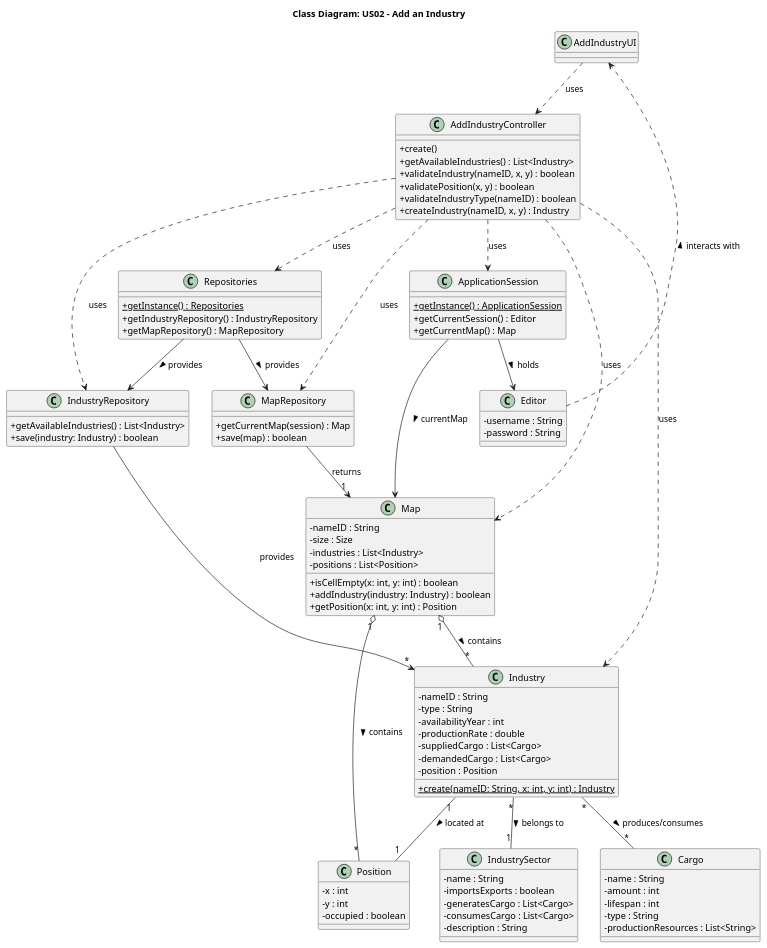
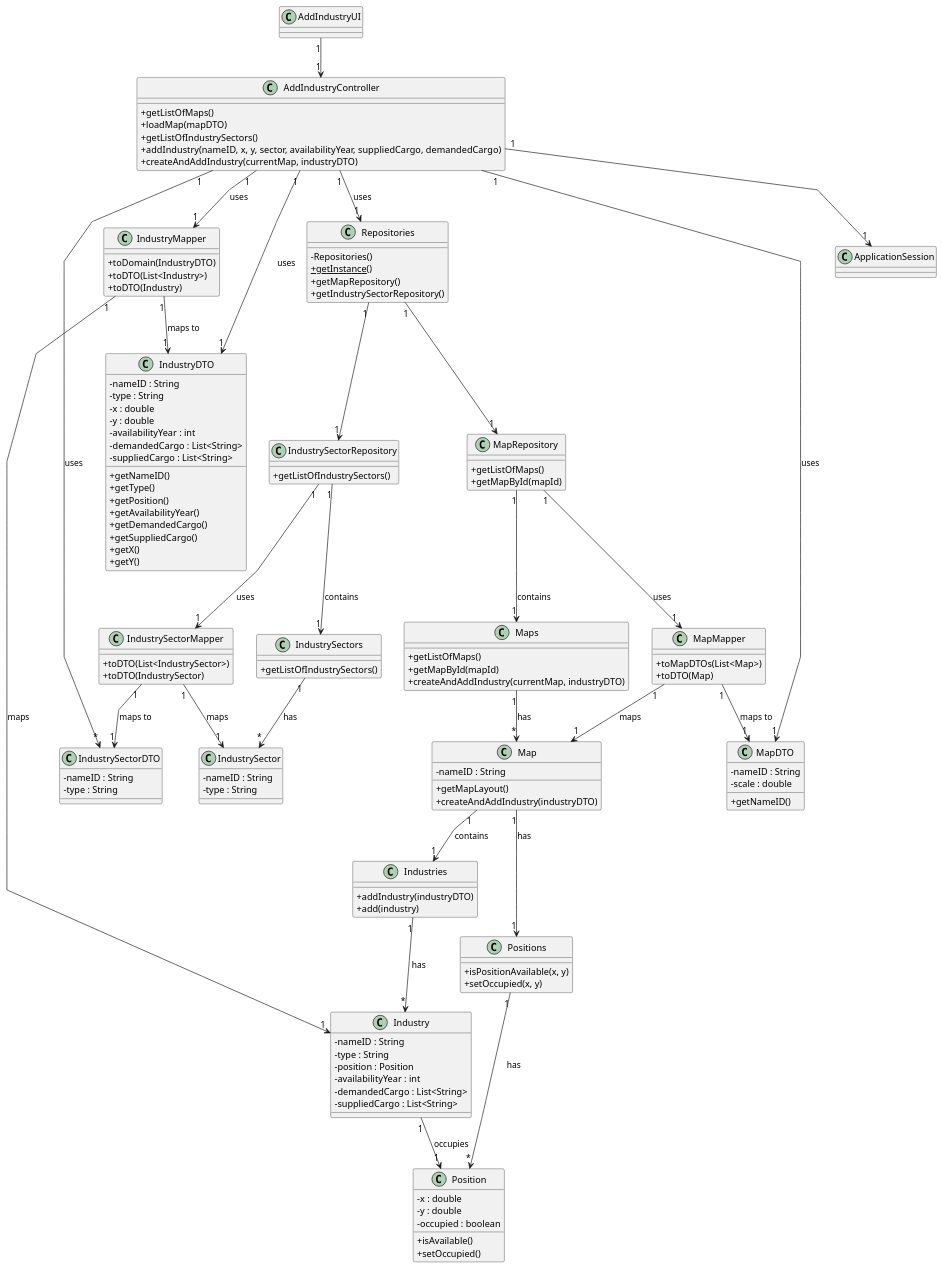
Before and after one commit to HenriqueSilva18/Railway-Network-Simulator: the diagram in docs/system-documentation/Sprint 3/US02/03.design/puml/US02-CD.puml, drawn with PlantUML. The commit also changed 34 other files, not shown here.

```diff
--- a/docs/system-documentation/Sprint 3/US02/03.design/puml/US02-CD.puml
+++ b/docs/system-documentation/Sprint 3/US02/03.design/puml/US02-CD.puml
@@ -1,116 +1,177 @@
 @startuml
+'skinparam monochrome true
 skinparam packageStyle rectangle
 skinparam shadowing false
+skinparam linetype polyline
+
 skinparam classAttributeIconSize 0
-
-title Class Diagram: US02 - Add an Industry
 
 class AddIndustryUI {
 }
 
 class AddIndustryController {
-    + create()
-    + getAvailableIndustries() : List<Industry>
-    + validateIndustry(nameID, x, y) : boolean
-    + validatePosition(x, y) : boolean
-    + validateIndustryType(nameID) : boolean
-    + createIndustry(nameID, x, y) : Industry
+    + getListOfMaps()
+    + loadMap(mapDTO)
+    + getListOfIndustrySectors()
+    + addIndustry(nameID, x, y, sector, availabilityYear, suppliedCargo, demandedCargo)
+    + createAndAddIndustry(currentMap, industryDTO)
 }
 
-class IndustryRepository {
-    + getAvailableIndustries() : List<Industry>
-    + save(industry: Industry) : boolean
+class Repositories {
+    - Repositories()
+    + {static} getInstance()
+    + getMapRepository()
+    + getIndustrySectorRepository()
+}
+
+class ApplicationSession {
 }
 
 class MapRepository {
-    + getCurrentMap(session) : Map
-    + save(map) : boolean
+    + getListOfMaps()
+    + getMapById(mapId)
 }
 
-class Repositories {
-    + {static} getInstance() : Repositories
-    + getIndustryRepository() : IndustryRepository
-    + getMapRepository() : MapRepository
+class IndustrySectorRepository {
+    + getListOfIndustrySectors()
 }
 
-class ApplicationSession {
-    + {static} getInstance() : ApplicationSession
-    + getCurrentSession() : Editor
-    + getCurrentMap() : Map
+class Maps {
+    + getListOfMaps()
+    + getMapById(mapId)
+    + createAndAddIndustry(currentMap, industryDTO)
 }
 
 class Map {
     - nameID : String
-    - size : Size
-    - industries : List<Industry>
-    - positions : List<Position>
+    + getMapLayout()
+    + createAndAddIndustry(industryDTO)
+}
 
-    + isCellEmpty(x: int, y: int) : boolean
-    + addIndustry(industry: Industry) : boolean
-    + getPosition(x: int, y: int) : Position
+class IndustrySectors {
+    + getListOfIndustrySectors()
+}
+
+class IndustrySector {
+    - nameID : String
+    - type : String
+}
+
+class Industries {
+    + addIndustry(industryDTO)
+    + add(industry)
 }
 
 class Industry {
-    + {static} create(nameID: String, x: int, y: int) : Industry
     - nameID : String
     - type : String
+    - position : Position
     - availabilityYear : int
-    - productionRate : double
-    - suppliedCargo : List<Cargo>
-    - demandedCargo : List<Cargo>
-    - position : Position
+    - demandedCargo : List<String>
+    - suppliedCargo : List<String>
+}
+
+class Positions {
+    + isPositionAvailable(x, y)
+    + setOccupied(x, y)
 }
 
 class Position {
-    - x : int
-    - y : int
+    - x : double
+    - y : double
     - occupied : boolean
+    + isAvailable()
+    + setOccupied()
 }
 
-class IndustrySector {
-    - name : String
-    - importsExports : boolean
-    - generatesCargo : List<Cargo>
-    - consumesCargo : List<Cargo>
-    - description : String
+class MapDTO {
+    - nameID : String
+    - scale : double
+    + getNameID()
 }
 
-class Cargo {
-    - name : String
-    - amount : int
-    - lifespan : int
+class IndustrySectorDTO {
+    - nameID : String
     - type : String
-    - productionResources : List<String>
 }
 
-class Editor {
-    - username : String
-    - password : String
+class IndustryDTO {
+    - nameID : String
+    - type : String
+    - x : double
+    - y : double
+    - availabilityYear : int
+    - demandedCargo : List<String>
+    - suppliedCargo : List<String>
+    + getNameID()
+    + getType()
+    + getPosition()
+    + getAvailabilityYear()
+    + getDemandedCargo()
+    + getSuppliedCargo()
+    + getX()
+    + getY()
 }
 
-AddIndustryUI ..> AddIndustryController : uses
-AddIndustryController ..> IndustryRepository : uses
-AddIndustryController ..> MapRepository : uses
-AddIndustryController ..> Repositories : uses
-AddIndustryController ..> ApplicationSession : uses
-AddIndustryController ..> Map : uses
-AddIndustryController ..> Industry : uses
+class MapMapper {
+    + toMapDTOs(List<Map>)
+    + toDTO(Map)
+}
 
-Map "1" o-- "*" Industry : contains >
-Map "1" o-- "*" Position : contains >
-MapRepository --> "1" Map : returns
-IndustryRepository --> "*" Industry : provides
+class IndustrySectorMapper {
+    + toDTO(List<IndustrySector>)
+    + toDTO(IndustrySector)
+}
 
-Repositories --> IndustryRepository : provides >
-Repositories --> MapRepository : provides >
+class IndustryMapper {
+    + toDomain(IndustryDTO)
+    + toDTO(List<Industry>)
+    + toDTO(Industry)
+}
 
-ApplicationSession --> Editor : holds >
-ApplicationSession --> Map : currentMap >
+' UI and Controller relationships
+AddIndustryUI "1" --> "1" AddIndustryController
+AddIndustryController "1" --> "1" Repositories : uses
+AddIndustryController "1" --> "1" ApplicationSession
 
-Editor ..> AddIndustryUI : interacts with >
+' Repository relationships
+Repositories "1" --> "1" MapRepository
+Repositories "1" --> "1" IndustrySectorRepository
 
-Industry "1" -- "1" Position : located at >
-Industry "*" -- "1" IndustrySector : belongs to >
-Industry "*" -- "*" Cargo : produces/consumes >
+' Domain model relationships
+MapRepository "1" --> "1" Maps : contains
+Maps "1" --> "*" Map : has
+
+Map "1" --> "1" Industries : contains
+Map "1" --> "1" Positions : has
+
+Industries "1" --> "*" Industry : has
+Positions "1" --> "*" Position : has
+
+IndustrySectorRepository "1" --> "1" IndustrySectors : contains
+IndustrySectors "1" --> "*" IndustrySector : has
+
+' DTO relationships
+AddIndustryController "1" --> "1" MapDTO : uses
+AddIndustryController "1" --> "1" IndustryDTO : uses
+AddIndustryController "1" --> "*" IndustrySectorDTO : uses
+
+' Mapper relationships
+MapRepository "1" --> "1" MapMapper : uses
+IndustrySectorRepository "1" --> "1" IndustrySectorMapper : uses
+AddIndustryController "1" --> "1" IndustryMapper : uses
+
+' Mapper to Domain/DTO relationships
+MapMapper "1" --> "1" Map : maps
+MapMapper "1" --> "1" MapDTO : maps to
+
+IndustrySectorMapper "1" --> "1" IndustrySector : maps
+IndustrySectorMapper "1" --> "1" IndustrySectorDTO : maps to
+
+IndustryMapper "1" --> "1" Industry : maps
+IndustryMapper "1" --> "1" IndustryDTO : maps to
+
+' Position relationship with Industry
+Industry "1" --> "1" Position : occupies
 
 @enduml
```
